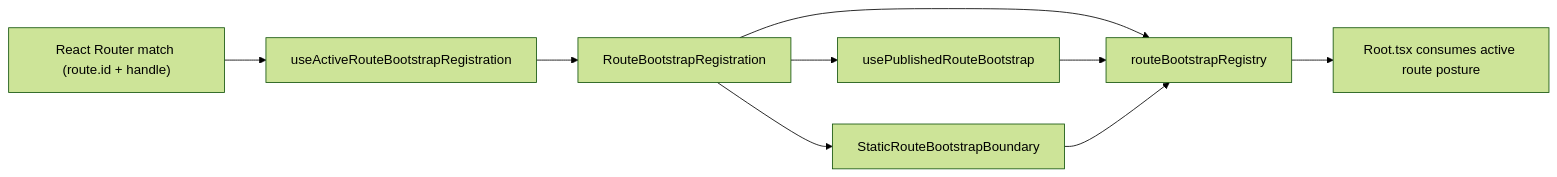
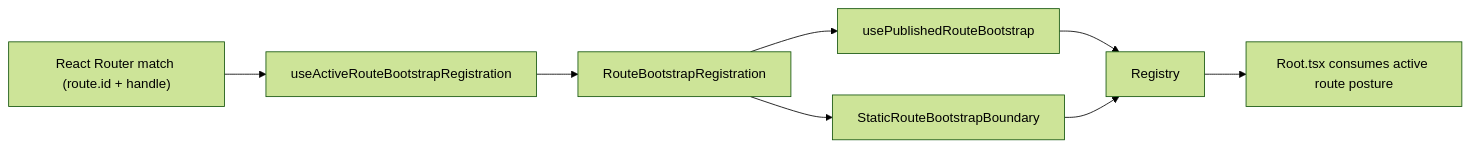
Before and after one commit to dunay2/dvt: the diagram in docs/architecture/components/web/graph/graph-route-bootstrap-architecture.md, drawn with Mermaid (forest theme). The commit also changed other lines of this file and 14 other files, not shown here.

Commit message:
refactor(web): Harden route bootstrap detection and align graph docs

````diff
--- a/docs/architecture/components/web/graph/graph-route-bootstrap-architecture.md
+++ b/docs/architecture/components/web/graph/graph-route-bootstrap-architecture.md
@@ -40,11 +41,10 @@
 ```mermaid
 flowchart LR
   Router["React Router match (route.id + handle)"] --> Active["useActiveRouteBootstrapRegistration"]
   Active --> Registration["RouteBootstrapRegistration"]
-  Registration --> Registry["routeBootstrapRegistry"]
   Registration --> Publisher["usePublishedRouteBootstrap"]
   Registration --> StaticBoundary["StaticRouteBootstrapBoundary"]
   Publisher --> Registry
   StaticBoundary --> Registry
   Registry --> Root["Root.tsx consumes active route posture"]
 ```
````
